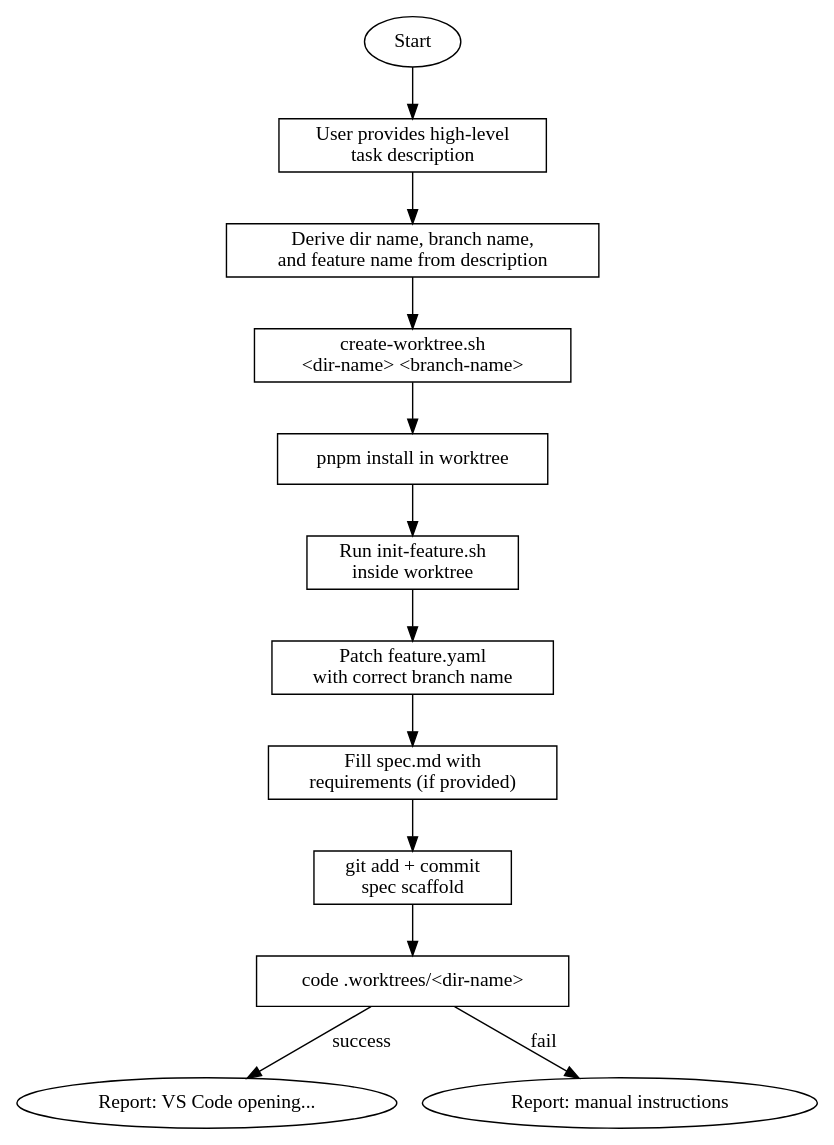
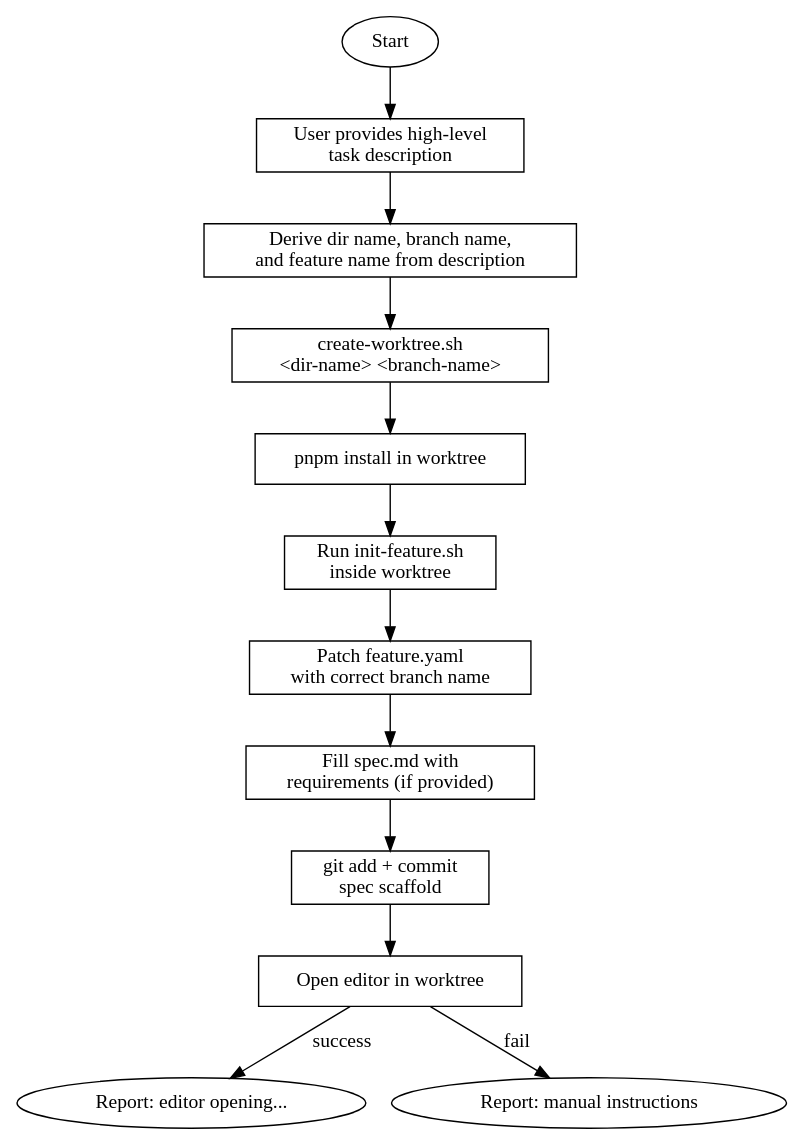
One commit to shep-ai/cli changed the diagram in .claude/skills/shep-kit:parallel-task/SKILL.md. Above: the diagram before and after it, drawn with Graphviz. The commit also changed other lines of this file and 5 other files, not shown here.

````diff
--- a/.claude/skills/shep-kit:parallel-task/SKILL.md
+++ b/.claude/skills/shep-kit:parallel-task/SKILL.md
@@ -18,31 +18,31 @@
 ```dot
 digraph parallel_task {
     rankdir=TB;
     node [shape=box];
 
     start [label="Start" shape=ellipse];
     get_desc [label="User provides high-level\ntask description"];
     derive [label="Derive dir name, branch name,\nand feature name from description"];
     create_wt [label="create-worktree.sh\n<dir-name> <branch-name>"];
     install [label="pnpm install in worktree"];
     init_spec [label="Run init-feature.sh\ninside worktree"];
     fix_yaml [label="Patch feature.yaml\nwith correct branch name"];
     fill_spec [label="Fill spec.md with\nrequirements (if provided)"];
     commit [label="git add + commit\nspec scaffold"];
-    open_code [label="code .worktrees/<dir-name>"];
-    success [label="Report: VS Code opening..." shape=ellipse];
+    open_editor [label="Open editor in worktree"];
+    success [label="Report: editor opening..." shape=ellipse];
     fail [label="Report: manual instructions" shape=ellipse];
 
     start -> get_desc;
     get_desc -> derive;
     derive -> create_wt;
     create_wt -> install;
     install -> init_spec;
     init_spec -> fix_yaml;
     fix_yaml -> fill_spec;
     fill_spec -> commit;
-    commit -> open_code;
-    open_code -> success [label="success"];
-    open_code -> fail [label="fail"];
+    commit -> open_editor;
+    open_editor -> success [label="success"];
+    open_editor -> fail [label="fail"];
 }
 ```
````
